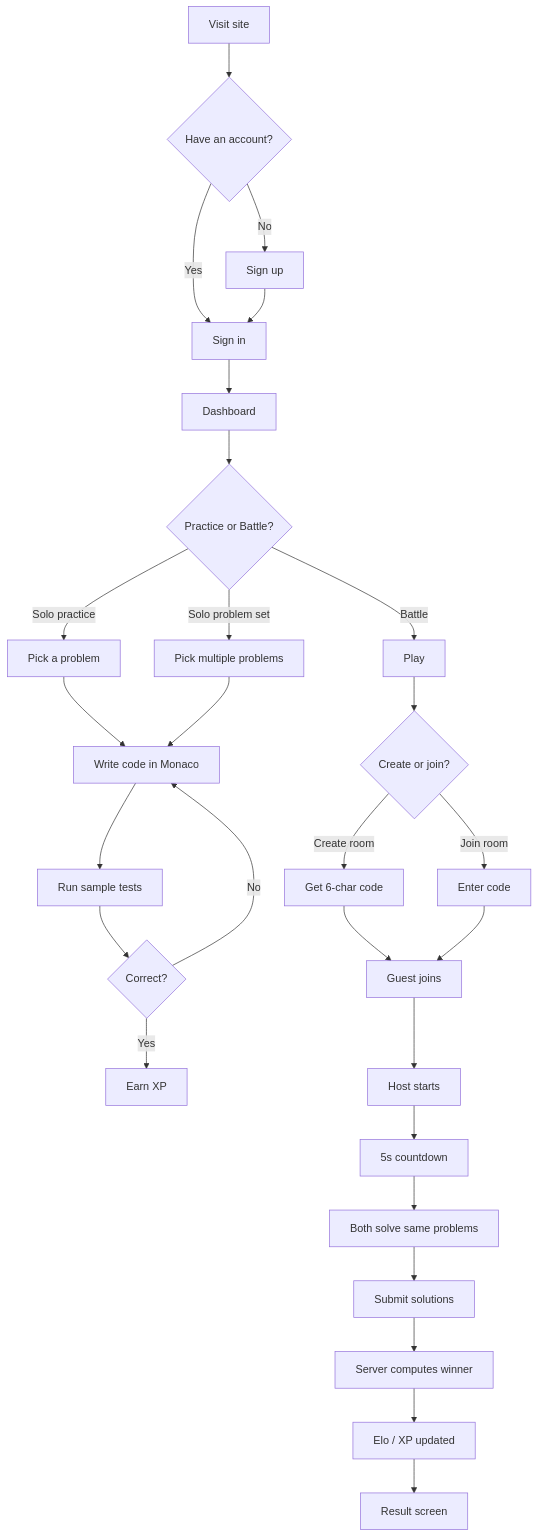
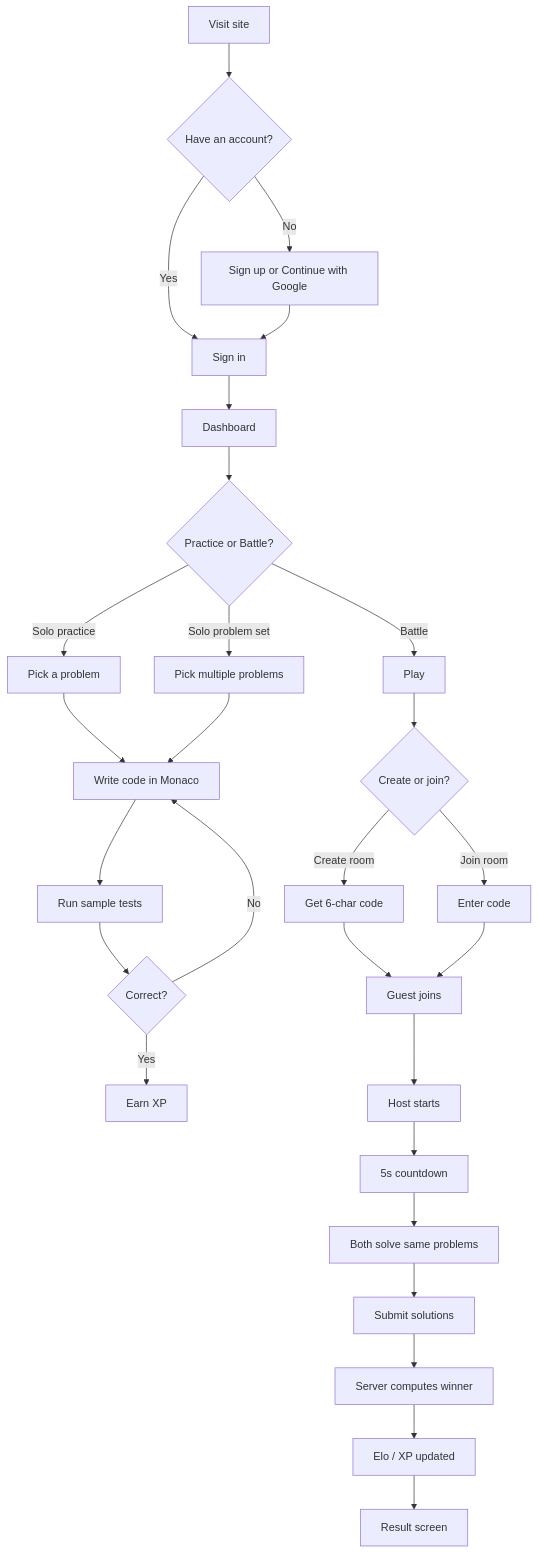
Before and after one commit to sangisapusaiteja/code-battle: the first of 5 diagrams in README.md, drawn with Mermaid. The commit also changed other lines of this file and 11 other files, not shown here.

First line of the commit message:
Add Continue with Google, avatars, and Google-linked auth columns

````diff
--- a/README.md
+++ b/README.md
@@ -39,34 +41,34 @@
 ```mermaid
 flowchart TD
     A[Visit site] --> B{Have an account?}
-    B -- No --> C[Sign up]
+    B -- No --> C[Sign up or Continue with Google]
     B -- Yes --> D[Sign in]
     C --> D
     D --> E[Dashboard]
 
     E --> F{Practice or Battle?}
 
     F -- Solo practice --> G[Pick a problem]
     G --> H[Write code in Monaco]
     H --> I[Run sample tests]
     I --> J{Correct?}
     J -- Yes --> K[Earn XP]
     J -- No --> H
 
     F -- Solo problem set --> G2[Pick multiple problems]
     G2 --> H
 
     F -- Battle --> L[Play]
     L --> M{Create or join?}
     M -- Create room --> N[Get 6-char code]
     M -- Join room --> O[Enter code]
     N --> P[Guest joins]
     O --> P
     P --> Q[Host starts]
     Q --> R[5s countdown]
     R --> S[Both solve same problems]
     S --> T[Submit solutions]
     T --> U[Server computes winner]
     U --> V[Elo / XP updated]
     V --> W[Result screen]
 ```
````
